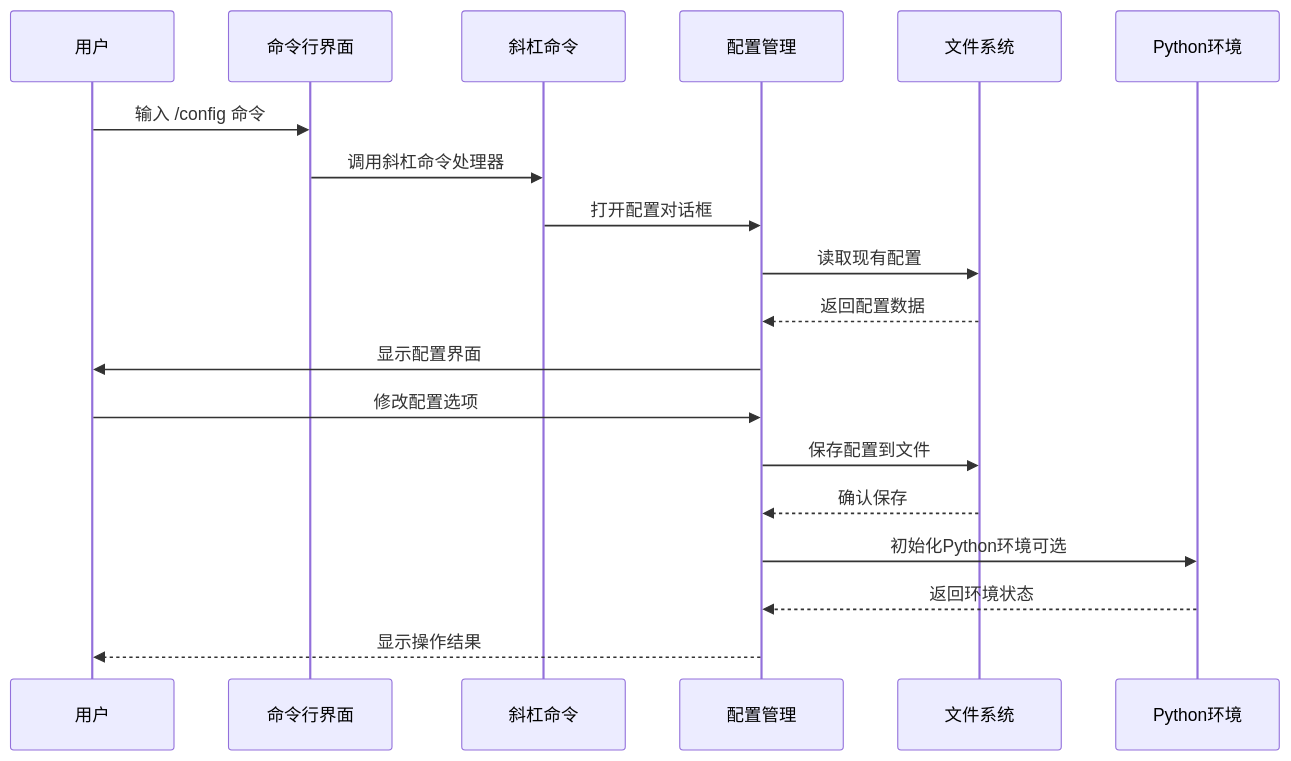
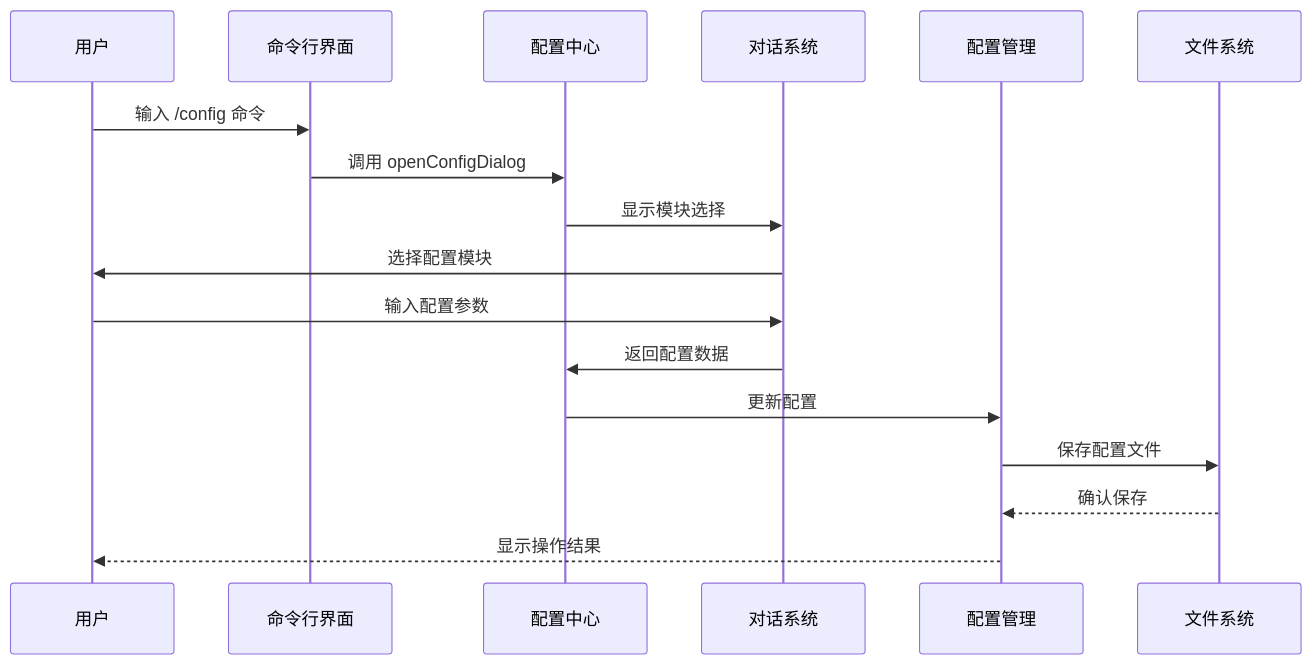
Before and after one commit to HAOFUYANG/onion-code: the third of 8 diagrams in .qoder/repowiki/zh/content/配置管理.md, drawn with Mermaid. The commit also changed other lines of this file and 13 other files, not shown here.

````diff
--- a/.qoder/repowiki/zh/content/配置管理.md
+++ b/.qoder/repowiki/zh/content/配置管理.md
@@ -114,21 +133,19 @@
 ```mermaid
 sequenceDiagram
 participant User as 用户
 participant CLI as 命令行界面
-participant Slash as 斜杠命令
+participant ConfigCenter as 配置中心
+participant Inquirer as 对话系统
 participant Config as 配置管理
 participant FS as 文件系统
-participant Python as Python环境
 User->>CLI : 输入 /config 命令
-CLI->>Slash : 调用斜杠命令处理器
-Slash->>Config : 打开配置对话框
-Config->>FS : 读取现有配置
-FS-->>Config : 返回配置数据
-Config->>User : 显示配置界面
-User->>Config : 修改配置选项
-Config->>FS : 保存配置到文件
+CLI->>ConfigCenter : 调用 openConfigDialog
+ConfigCenter->>Inquirer : 显示模块选择
+Inquirer->>User : 选择配置模块
+User->>Inquirer : 输入配置参数
+Inquirer->>ConfigCenter : 返回配置数据
+ConfigCenter->>Config : 更新配置
+Config->>FS : 保存配置文件
 FS-->>Config : 确认保存
-Config->>Python : 初始化Python环境可选
-Python-->>Config : 返回环境状态
 Config-->>User : 显示操作结果
 ```
````
